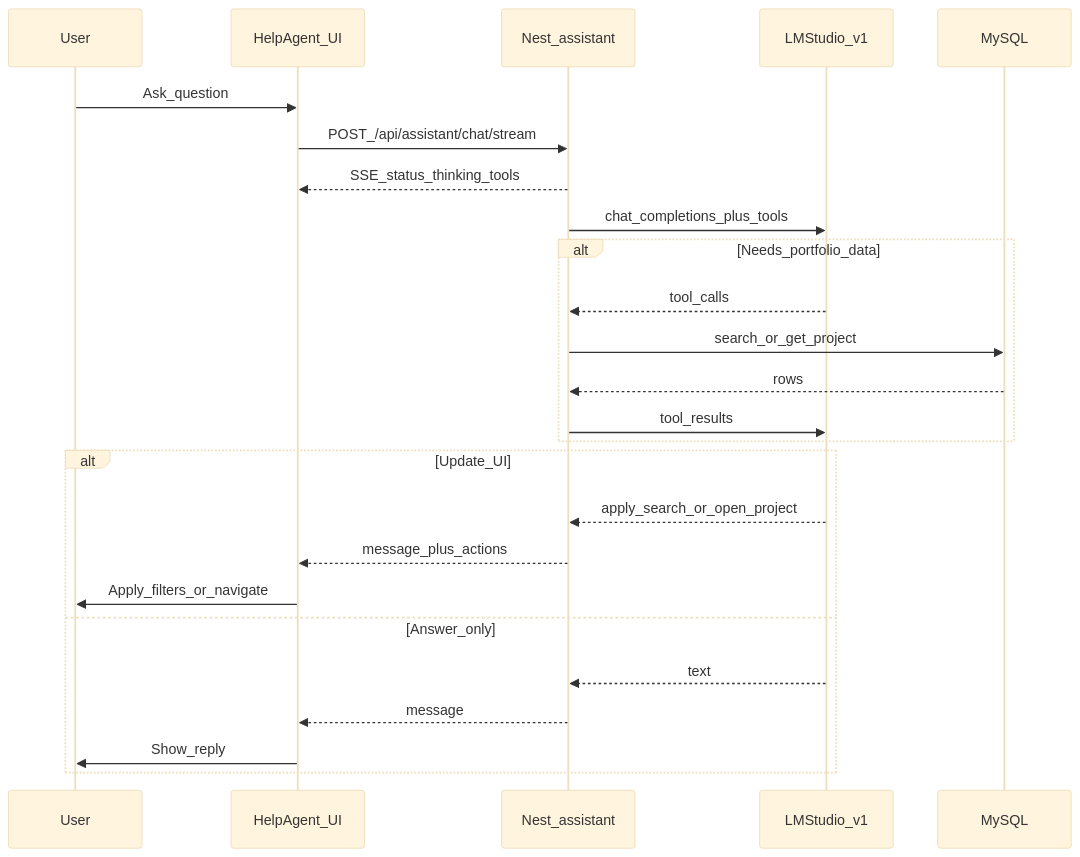
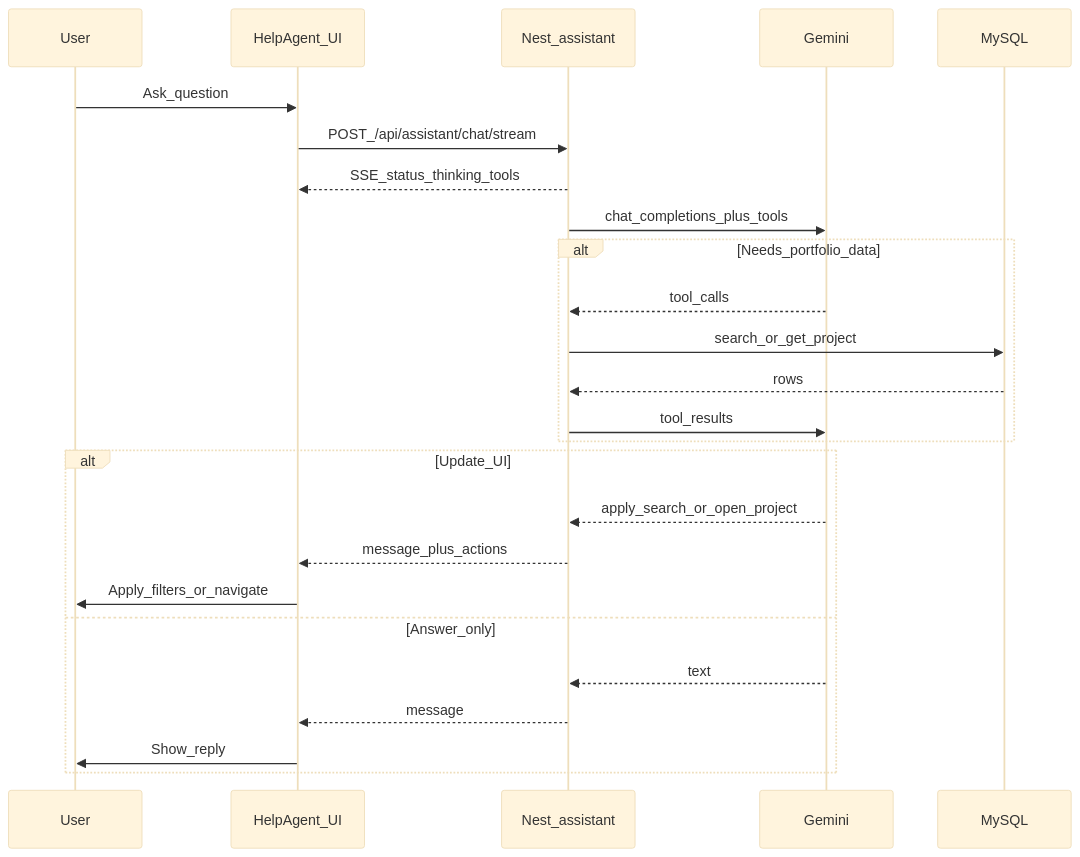
The fourth of 8 diagrams in README.md (samuel0h177/tech-portfolio), drawn with Mermaid (base theme) before and after one commit. The commit also changed other lines of this file and 12 other files, not shown here.

````diff
--- a/README.md
+++ b/README.md
@@ -159,28 +140,28 @@
 ```mermaid
 sequenceDiagram
   participant User
   participant Web as HelpAgent_UI
   participant API as Nest_assistant
-  participant LMS as LMStudio_v1
+  participant Gemini
   participant DB as MySQL
 
   User->>Web: Ask_question
   Web->>API: POST_/api/assistant/chat/stream
   API-->>Web: SSE_status_thinking_tools
-  API->>LMS: chat_completions_plus_tools
+  API->>Gemini: chat_completions_plus_tools
   alt Needs_portfolio_data
-    LMS-->>API: tool_calls
+    Gemini-->>API: tool_calls
     API->>DB: search_or_get_project
     DB-->>API: rows
-    API->>LMS: tool_results
+    API->>Gemini: tool_results
   end
   alt Update_UI
-    LMS-->>API: apply_search_or_open_project
+    Gemini-->>API: apply_search_or_open_project
     API-->>Web: message_plus_actions
     Web->>User: Apply_filters_or_navigate
   else Answer_only
-    LMS-->>API: text
+    Gemini-->>API: text
     API-->>Web: message
     Web->>User: Show_reply
   end
 ```
````
